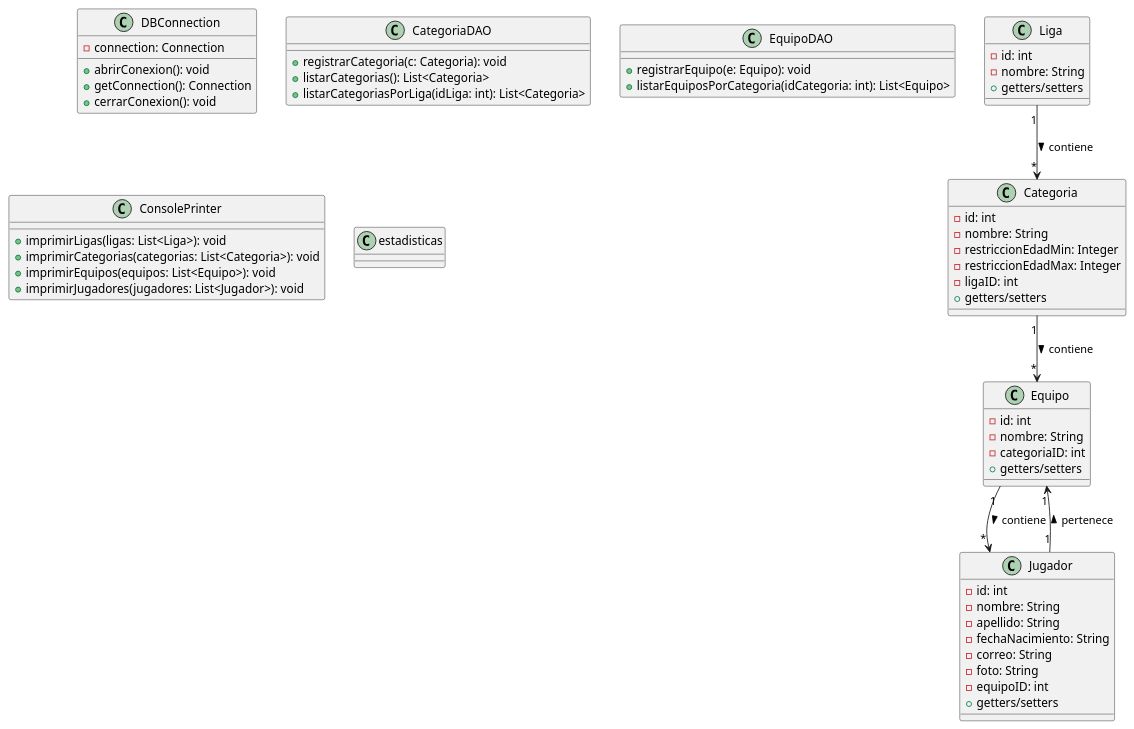
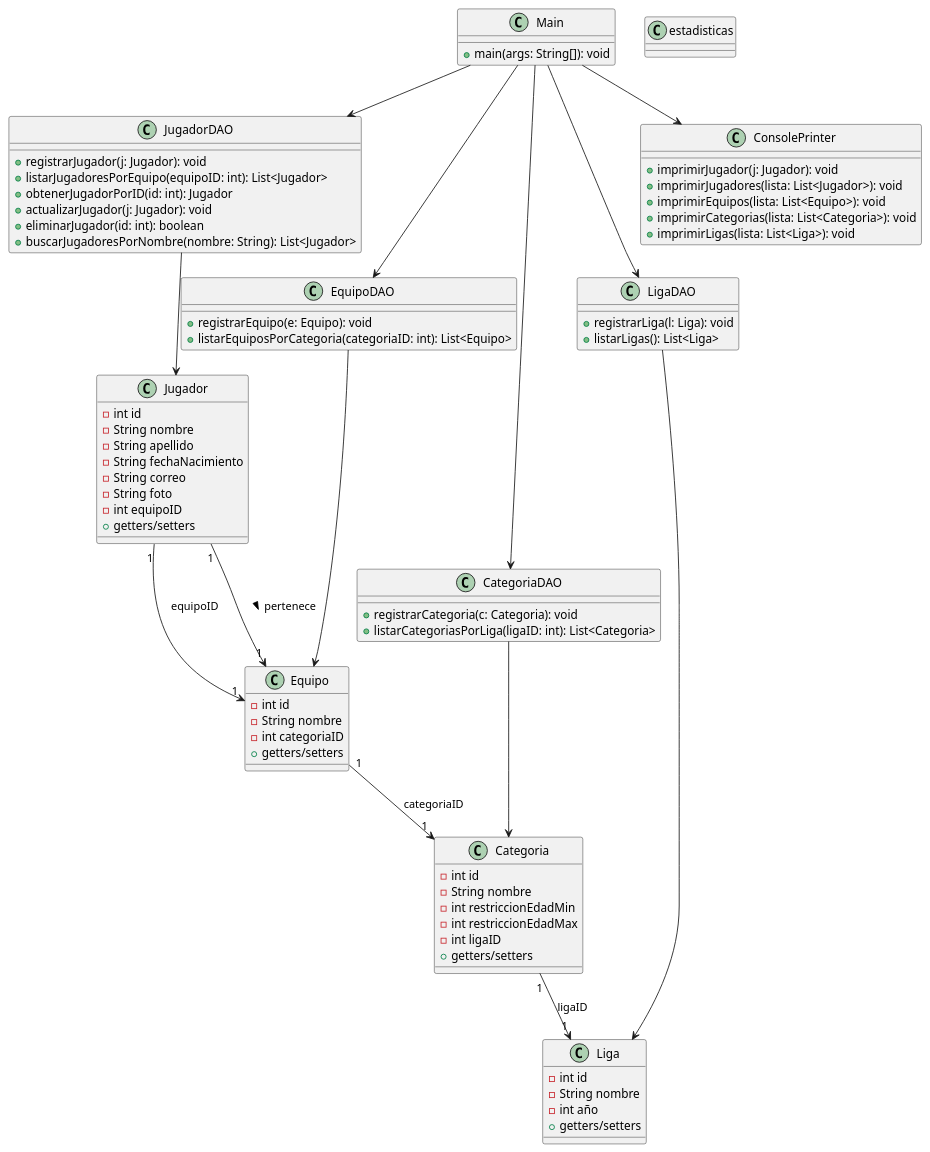
One commit to Irvalejo/SportCore changed the diagram in src/UML.puml. Above: the diagram before and after it, drawn with PlantUML. The commit also changed other lines of this file and 4 other files, not shown here.

Commit message:
Se agregaron funciones  como  registrar buscar árbitro , eliminar jugador y editar jugador

```diff
--- a/src/UML.puml
+++ b/src/UML.puml
@@ -1,70 +1,95 @@
 @startuml
+' Clases modelo
+class Jugador {
+  - int id
+  - String nombre
+  - String apellido
+  - String fechaNacimiento
+  - String correo
+  - String foto
+  - int equipoID
+  + getters/setters
+}
 
-class DBConnection {
-    - connection: Connection
-    + abrirConexion(): void
-    + getConnection(): Connection
-    + cerrarConexion(): void
+class Equipo {
+  - int id
+  - String nombre
+  - int categoriaID
+  + getters/setters
+}
+
+class Categoria {
+  - int id
+  - String nombre
+  - int restriccionEdadMin
+  - int restriccionEdadMax
+  - int ligaID
+  + getters/setters
 }
 
 class Liga {
-    - id: int
-    - nombre: String
-    + getters/setters
+  - int id
+  - String nombre
+  - int año
+  + getters/setters
 }
 
-class Categoria {
-    - id: int
-    - nombre: String
-    - restriccionEdadMin: Integer
-    - restriccionEdadMax: Integer
-    - ligaID: int
-    + getters/setters
+' Clases DAO
+class JugadorDAO {
+  + registrarJugador(j: Jugador): void
+  + listarJugadoresPorEquipo(equipoID: int): List<Jugador>
+  + obtenerJugadorPorID(id: int): Jugador
+  + actualizarJugador(j: Jugador): void
+  + eliminarJugador(id: int): boolean
+  + buscarJugadoresPorNombre(nombre: String): List<Jugador>
+}
+
+class EquipoDAO {
+  + registrarEquipo(e: Equipo): void
+  + listarEquiposPorCategoria(categoriaID: int): List<Equipo>
 }
 
 class CategoriaDAO {
-    + registrarCategoria(c: Categoria): void
-    + listarCategorias(): List<Categoria>
-    + listarCategoriasPorLiga(idLiga: int): List<Categoria>
+  + registrarCategoria(c: Categoria): void
+  + listarCategoriasPorLiga(ligaID: int): List<Categoria>
 }
 
-class Equipo {
-    - id: int
-    - nombre: String
-    - categoriaID: int
-    + getters/setters
+class LigaDAO {
+  + registrarLiga(l: Liga): void
+  + listarLigas(): List<Liga>
 }
 
-class EquipoDAO {
-    + registrarEquipo(e: Equipo): void
-    + listarEquiposPorCategoria(idCategoria: int): List<Equipo>
-}
-
-class Jugador {
-    - id: int
-    - nombre: String
-    - apellido: String
-    - fechaNacimiento: String
-    - correo: String
-    - foto: String
-    - equipoID: int
-    + getters/setters
+' Clase principal
+class Main {
+  + main(args: String[]): void
 }
 
 class ConsolePrinter {
-    + imprimirLigas(ligas: List<Liga>): void
-    + imprimirCategorias(categorias: List<Categoria>): void
-    + imprimirEquipos(equipos: List<Equipo>): void
-    + imprimirJugadores(jugadores: List<Jugador>): void
+  + imprimirJugador(j: Jugador): void
+  + imprimirJugadores(lista: List<Jugador>): void
+  + imprimirEquipos(lista: List<Equipo>): void
+  + imprimirCategorias(lista: List<Categoria>): void
+  + imprimirLigas(lista: List<Liga>): void
 }
 
 class estadisticas {
 
 }
 ' Relaciones
-Liga "1" --> "*" Categoria : contiene >
-Categoria "1" --> "*" Equipo : contiene >
-Equipo "1" --> "*" Jugador : contiene >
+Jugador "1" --> "1" Equipo : equipoID
+Equipo "1" --> "1" Categoria : categoriaID
+Categoria "1" --> "1" Liga : ligaID
+
+Main --> JugadorDAO
+Main --> EquipoDAO
+Main --> CategoriaDAO
+Main --> LigaDAO
+Main --> ConsolePrinter
+
+JugadorDAO --> Jugador
+EquipoDAO --> Equipo
+CategoriaDAO --> Categoria
+LigaDAO --> Liga
 Jugador "1" --> "1" Equipo : pertenece >
 
 @enduml
```
